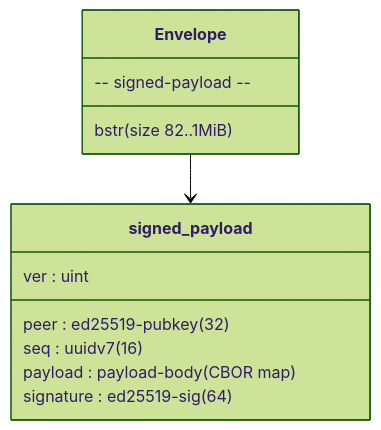
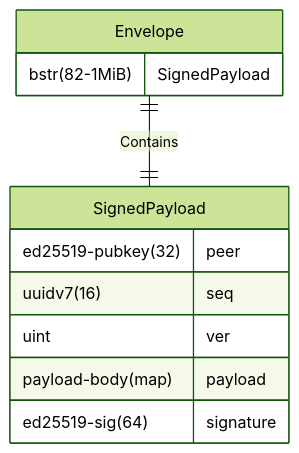
The fourth of 11 diagrams in docs/src/architecture/08_concepts/document_sync/protocol_spec.md (input-output-hk/hermes), drawn with Mermaid (forest theme) before and after one commit. The commit also changed other lines of this file, not shown here.

````diff
--- a/docs/src/architecture/08_concepts/document_sync/protocol_spec.md
+++ b/docs/src/architecture/08_concepts/document_sync/protocol_spec.md
@@ -209,15 +236,22 @@
 ```mermaid
-classDiagram
-  class Envelope {
-    bstr (size 82..1MiB)
-    -- signed-payload --
+---
+config:
+  layout: elk
+---
+
+erDiagram
+  Envelope {
+    bstr(82-1MiB) SignedPayload
   }
-  class signed_payload {
-    peer : ed25519-pubkey (32)
-    seq  : uuidv7 (16)
-    ver  : uint
-    payload : payload-body (CBOR map)
-    signature : ed25519-sig (64)
+
+  SignedPayload {
+    ed25519-pubkey(32) peer
+    uuidv7(16) seq
+    uint ver
+    payload-body(map) payload
+    ed25519-sig(64) signature
   }
-  Envelope --> signed_payload
+
+  Envelope ||--|| SignedPayload : Contains
+
 ```
````
